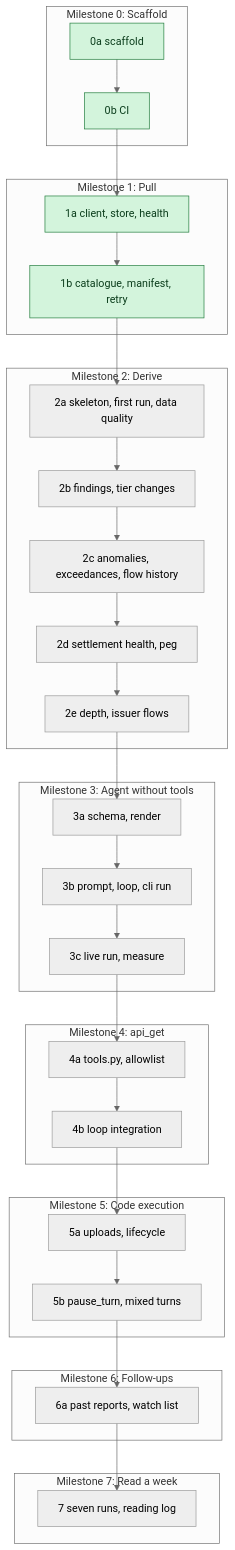
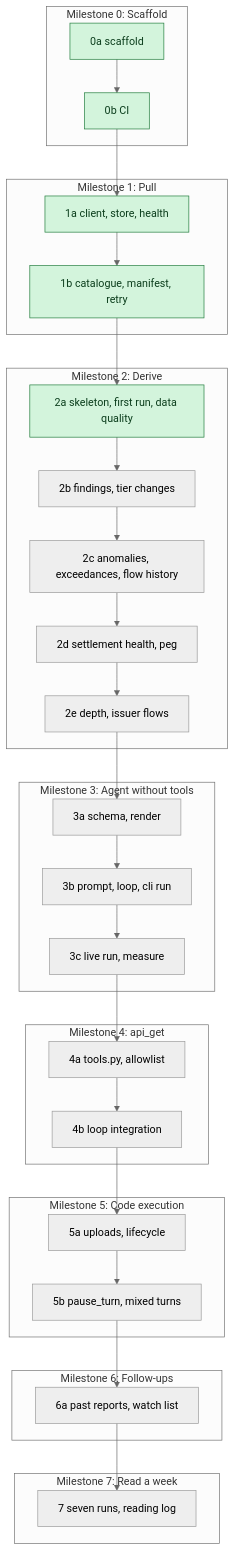
The diagram in docs/BUILD-PLAN.md (Jason-Dorman/agentic-liquidity-app-reporter), drawn with Mermaid (neutral theme) before and after one commit. The commit also changed other lines of this file and 15 other files, not shown here.

````diff
--- a/docs/BUILD-PLAN.md
+++ b/docs/BUILD-PLAN.md
@@ -12,45 +12,46 @@
 ```mermaid
 flowchart TD
     subgraph M0["Milestone 0: Scaffold"]
         P0a["0a scaffold"] --> P0b["0b CI"]
     end
     subgraph M1["Milestone 1: Pull"]
         P1a["1a client, store, health"] --> P1b["1b catalogue, manifest, retry"]
     end
     subgraph M2["Milestone 2: Derive"]
         P2a["2a skeleton, first run, data quality"] --> P2b["2b findings, tier changes"]
         P2b --> P2c["2c anomalies, exceedances, flow history"]
         P2c --> P2d["2d settlement health, peg"]
         P2d --> P2e["2e depth, issuer flows"]
     end
     subgraph M3["Milestone 3: Agent without tools"]
         P3a["3a schema, render"] --> P3b["3b prompt, loop, cli run"]
         P3b --> P3c["3c live run, measure"]
     end
     subgraph M4["Milestone 4: api_get"]
         P4a["4a tools.py, allowlist"] --> P4b["4b loop integration"]
     end
     subgraph M5["Milestone 5: Code execution"]
         P5a["5a uploads, lifecycle"] --> P5b["5b pause_turn, mixed turns"]
     end
     subgraph M6["Milestone 6: Follow-ups"]
         P6a["6a past reports, watch list"]
     end
     subgraph M7["Milestone 7: Read a week"]
         P7["7 seven runs, reading log"]
     end
     P0b --> P1a
     P1b --> P2a
     P2e --> P3a
     P3c --> P4a
     P4b --> P5a
     P5b --> P6a
     P6a --> P7
 
     classDef done fill:#d3f4dc,stroke:#1f7a3a,color:#0b3d1c
     classDef progress fill:#fff2cc,stroke:#a67c00,color:#3d2e00
     class P0a done
     class P0b done
     class P1a done
     class P1b done
+    class P2a done
 ```
````
